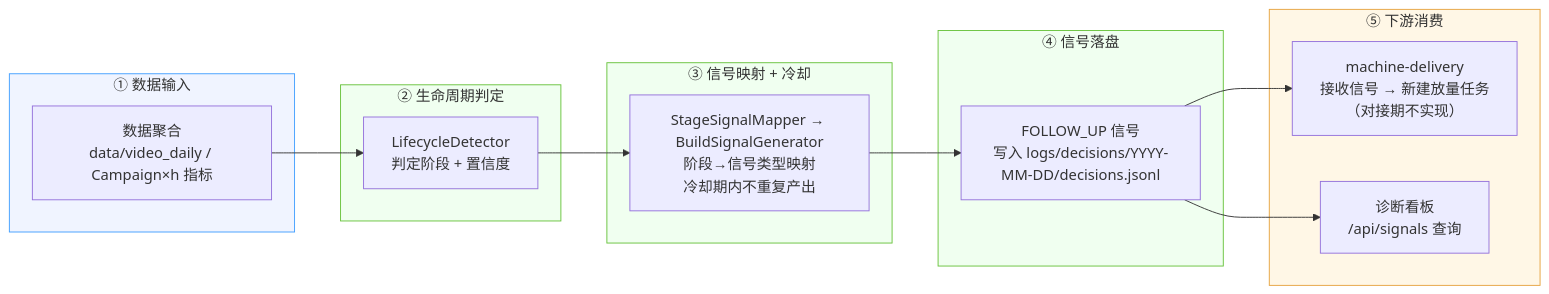
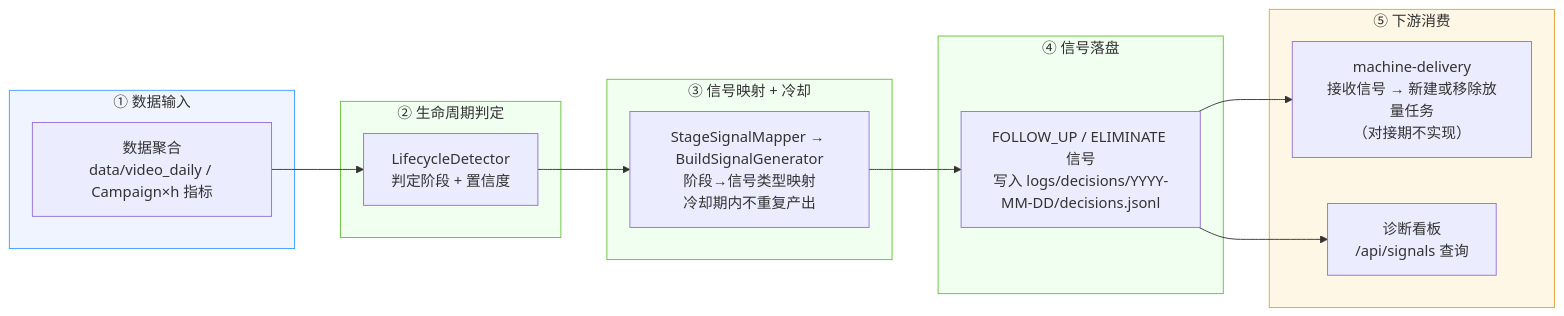
The second of 3 diagrams in docs/architecture.md (gar-su/smart_ad_put), drawn with Mermaid before and after one commit. The commit also changed other lines of this file and 27 other files, not shown here.

````diff
--- a/docs/architecture.md
+++ b/docs/architecture.md
@@ -72,37 +72,37 @@
 ```mermaid
 graph LR
     %% ===== 信号链路（时序） =====
 
     subgraph phase1["① 数据输入"]
         data["数据聚合<br/>data/video_daily / Campaign×h 指标"]
     end
 
     subgraph phase2["② 生命周期判定"]
         detect_step["LifecycleDetector<br/>判定阶段 + 置信度"]
     end
 
     subgraph phase3["③ 信号映射 + 冷却"]
         map_step["StageSignalMapper → BuildSignalGenerator<br/>阶段→信号类型映射<br/>冷却期内不重复产出"]
     end
 
     subgraph phase4["④ 信号落盘"]
-        decide_step["FOLLOW_UP 信号<br/>写入 logs/decisions/YYYY-MM-DD/decisions.jsonl"]
+        decide_step["FOLLOW_UP / ELIMINATE 信号<br/>写入 logs/decisions/YYYY-MM-DD/decisions.jsonl"]
     end
 
     subgraph phase5["⑤ 下游消费"]
-        machine["machine-delivery<br/>接收信号 → 新建放量任务<br/>（对接期不实现）"]
+        machine["machine-delivery<br/>接收信号 → 新建或移除放量任务<br/>（对接期不实现）"]
         ui["诊断看板<br/>/api/signals 查询"]
     end
 
     data --> detect_step
     detect_step --> map_step
     map_step --> decide_step
     decide_step --> machine
     decide_step --> ui
 
     style phase1 fill:#f0f4ff,stroke:#409eff
     style phase2 fill:#f0fff0,stroke:#67c23a
     style phase3 fill:#f0fff0,stroke:#67c23a
     style phase4 fill:#f0fff0,stroke:#67c23a
     style phase5 fill:#fff7e6,stroke:#e6a23c
 ```
````
